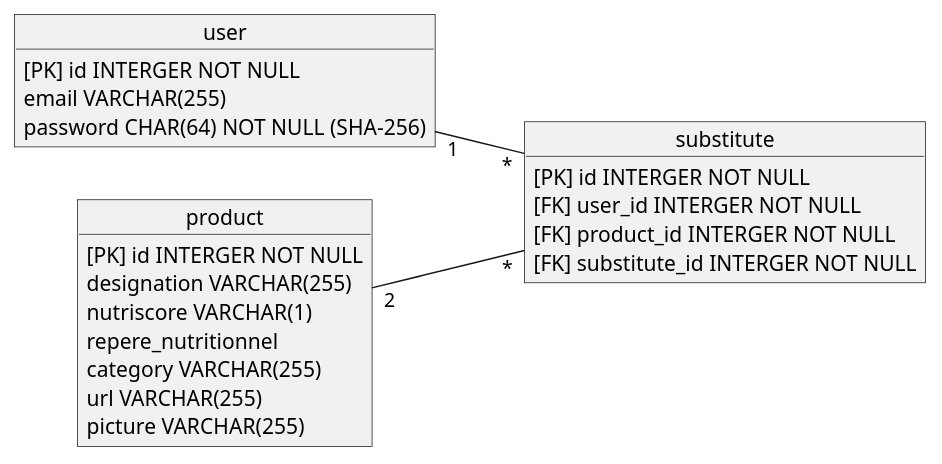
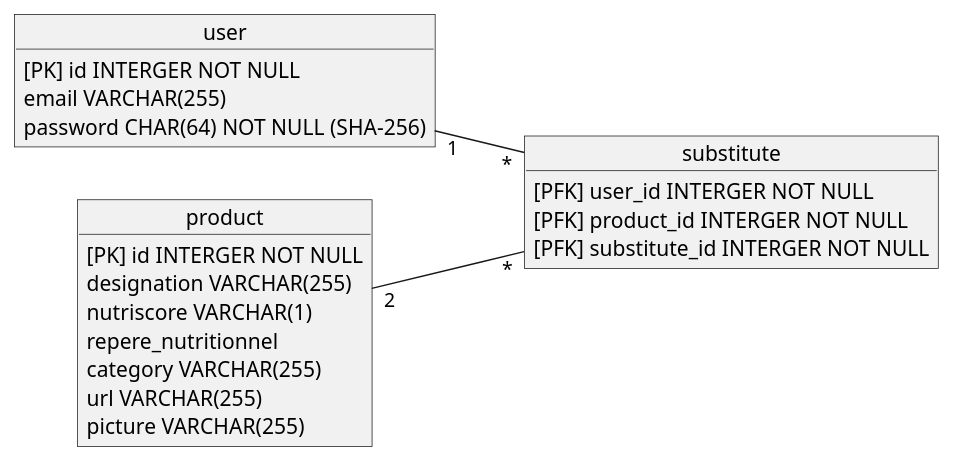
The diagram in doc/uml/06_MPD.puml (Zepmanbc/oc_dapython_pr8), drawn with PlantUML before and after one commit. The commit also changed 33 other files, not shown here.

```diff
--- a/doc/uml/06_MPD.puml
+++ b/doc/uml/06_MPD.puml
@@ -1,32 +1,31 @@
 @startuml 06_MPD
 
 left to right direction
 
 object user{
     [PK] id INTERGER NOT NULL
     email VARCHAR(255)
     password CHAR(64) NOT NULL (SHA-256)
 }
 
 object product{
     [PK] id INTERGER NOT NULL
     designation VARCHAR(255)
     nutriscore VARCHAR(1)
     repere_nutritionnel
     category VARCHAR(255)
     url VARCHAR(255)
     picture VARCHAR(255)
 }
 
 object substitute{
-    [PK] id INTERGER NOT NULL
-    [FK] user_id INTERGER NOT NULL
-    [FK] product_id INTERGER NOT NULL
-    [FK] substitute_id INTERGER NOT NULL
+    [PFK] user_id INTERGER NOT NULL
+    [PFK] product_id INTERGER NOT NULL
+    [PFK] substitute_id INTERGER NOT NULL
 }
 
 user "1" -- "*" substitute
 product "2" -- "*" substitute
 
 
 @enduml
```
